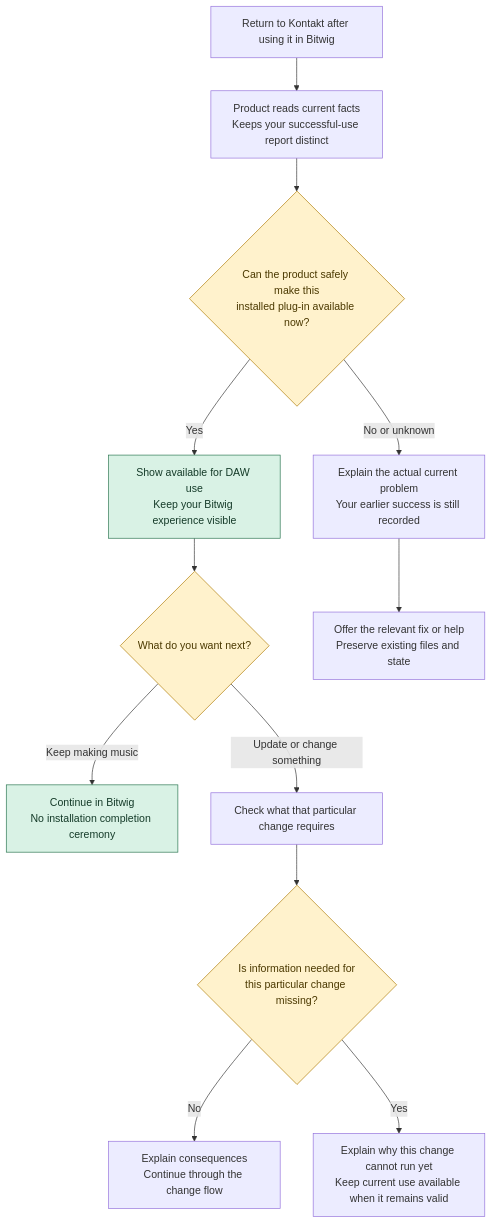
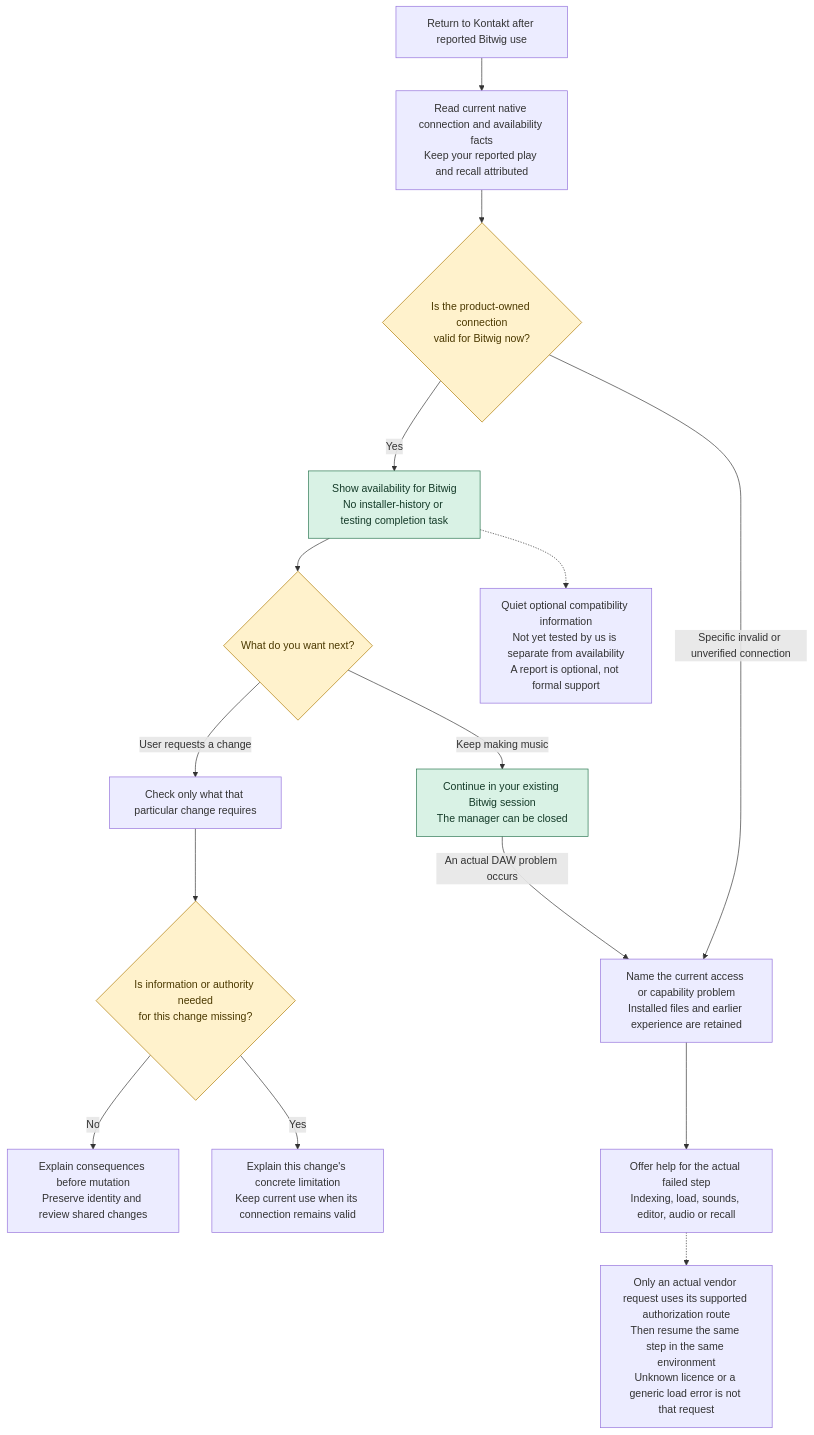
The third of 7 diagrams in docs/design-dossier/flows/README.md (kasselvania/Linux-VST-bridge), drawn with Mermaid before and after one commit. The commit also changed other lines of this file and 5 other files, not shown here.

Commit message:
docs: separate vendor work from DAW availability

````diff
--- a/docs/design-dossier/flows/README.md
+++ b/docs/design-dossier/flows/README.md
@@ -132,18 +152,21 @@
 ```mermaid
 flowchart TD
-    Return["Return to Kontakt after using it in Bitwig"] --> Read["Product reads current facts<br/>Keeps your successful-use report distinct"]
-    Read --> Route{"Can the product safely make this<br/>installed plug-in available now?"}
-    Route -->|Yes| Available["Show available for DAW use<br/>Keep your Bitwig experience visible"]
+    Return["Return to Kontakt after reported Bitwig use"] --> Read["Read current native connection and availability facts<br/>Keep your reported play and recall attributed"]
+    Read --> Route{"Is the product-owned connection<br/>valid for Bitwig now?"}
+    Route -->|Yes| Available["Show availability for Bitwig<br/>No installer-history or testing completion task"]
     Available --> Choice{"What do you want next?"}
-    Choice -->|Keep making music| Music["Continue in Bitwig<br/>No installation completion ceremony"]
-    Choice -->|Update or change something| Check["Check what that particular change requires"]
-    Check --> Gap{"Is information needed for<br/>this particular change missing?"}
-    Gap -->|No| Change["Explain consequences<br/>Continue through the change flow"]
-    Gap -->|Yes| Explain["Explain why this change cannot run yet<br/>Keep current use available when it remains valid"]
-    Route -->|No or unknown| Specific["Explain the actual current problem<br/>Your earlier success is still recorded"]
-    Specific --> Recovery["Offer the relevant fix or help<br/>Preserve existing files and state"]
+    Choice -->|Keep making music| Music["Continue in your existing Bitwig session<br/>The manager can be closed"]
+    Available -.-> Evidence["Quiet optional compatibility information<br/>Not yet tested by us is separate from availability<br/>A report is optional, not formal support"]
+    Choice -->|User requests a change| Check["Check only what that particular change requires"]
+    Check --> Gap{"Is information or authority needed<br/>for this change missing?"}
+    Gap -->|No| Change["Explain consequences before mutation<br/>Preserve identity and review shared changes"]
+    Gap -->|Yes| Explain["Explain this change's concrete limitation<br/>Keep current use when its connection remains valid"]
+    Route -->|Specific invalid or unverified connection| Specific["Name the current access or capability problem<br/>Installed files and earlier experience are retained"]
+    Music -->|An actual DAW problem occurs| Specific
+    Specific --> Recovery["Offer help for the actual failed step<br/>Indexing, load, sounds, editor, audio or recall"]
+    Recovery -.-> Auth["Only an actual vendor request uses its supported authorization route<br/>Then resume the same step in the same environment<br/>Unknown licence or a generic load error is not that request"]
     classDef outcome fill:#d9f2e5,stroke:#26734d,color:#153b29
     classDef choice fill:#fff2cc,stroke:#ad7900,color:#4b3900
     class Music,Available outcome
     class Route,Choice,Gap choice
 ```
````
